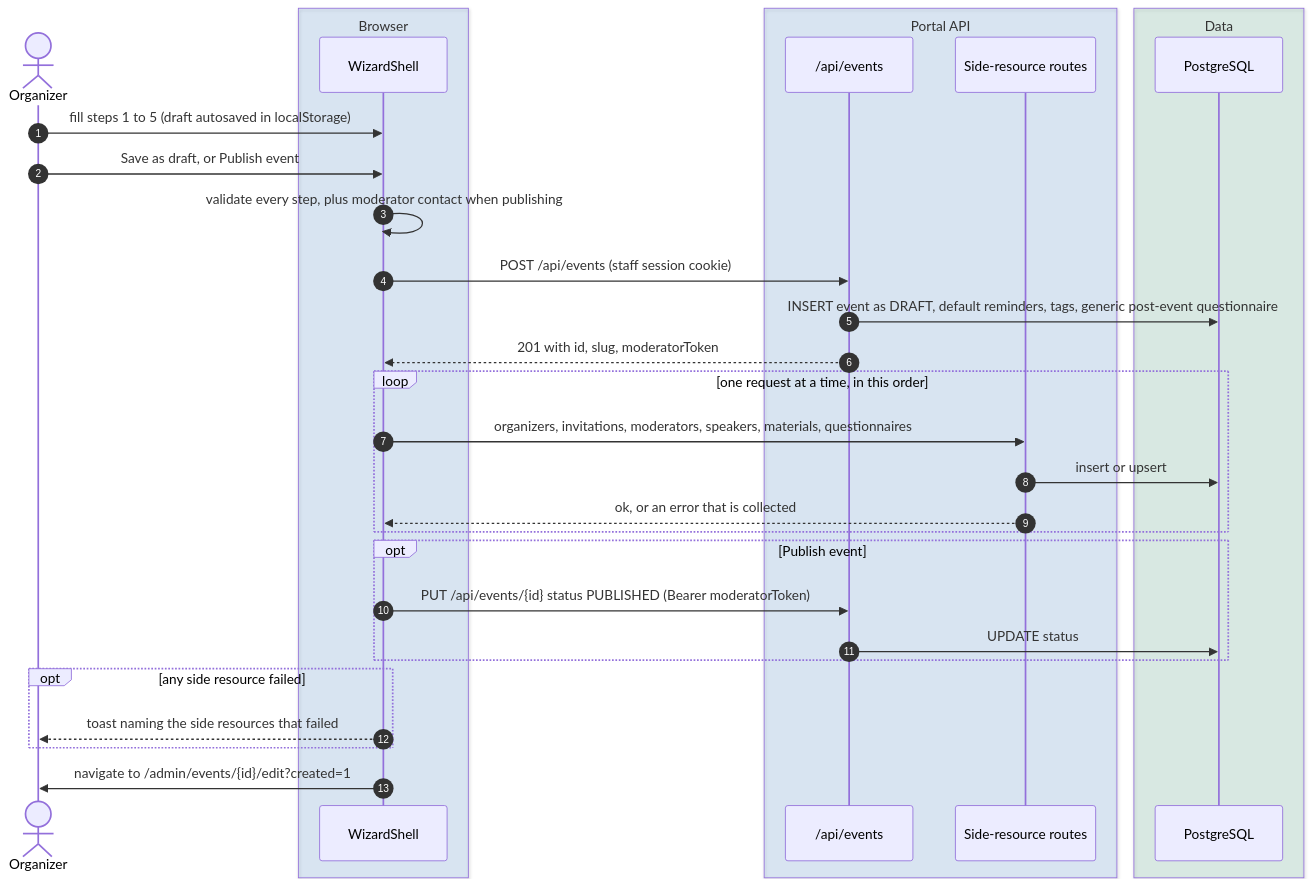
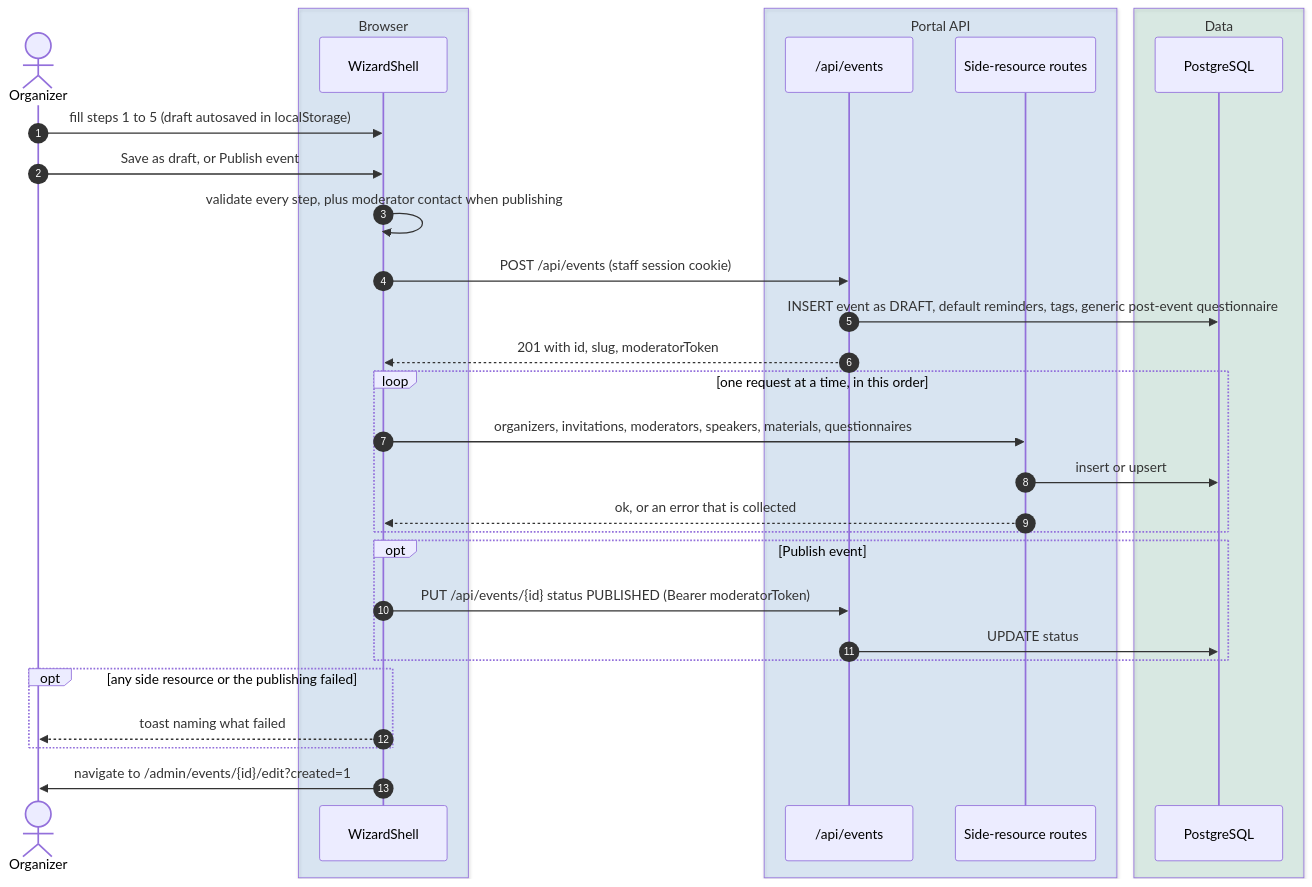
Before and after one commit to italia/pa-webinar: the second of 3 diagrams in docs/architecture/event-journey.md, drawn with Mermaid. The commit also changed other lines of this file and 45 other files, not shown here.

````diff
--- a/docs/architecture/event-journey.md
+++ b/docs/architecture/event-journey.md
@@ -95,34 +95,34 @@
 ```mermaid
 sequenceDiagram
   autonumber
   actor O as Organizer
   box rgba(0,102,204,0.12) Browser
     participant W as WizardShell
   end
   box rgba(0,102,204,0.12) Portal API
     participant E as /api/events
     participant S as Side-resource routes
   end
   box rgba(0,128,85,0.12) Data
     participant DB as PostgreSQL
   end
   O->>W: fill steps 1 to 5 (draft autosaved in localStorage)
   O->>W: Save as draft, or Publish event
   W->>W: validate every step, plus moderator contact when publishing
   W->>E: POST /api/events (staff session cookie)
   E->>DB: INSERT event as DRAFT, default reminders, tags, generic post-event questionnaire
   E-->>W: 201 with id, slug, moderatorToken
   loop one request at a time, in this order
     W->>S: organizers, invitations, moderators, speakers, materials, questionnaires
     S->>DB: insert or upsert
     S-->>W: ok, or an error that is collected
   end
   opt Publish event
     W->>E: PUT /api/events/{id} status PUBLISHED (Bearer moderatorToken)
     E->>DB: UPDATE status
   end
-  opt any side resource failed
-    W-->>O: toast naming the side resources that failed
+  opt any side resource or the publishing failed
+    W-->>O: toast naming what failed
   end
   W->>O: navigate to /admin/events/{id}/edit?created=1
 ```
````
